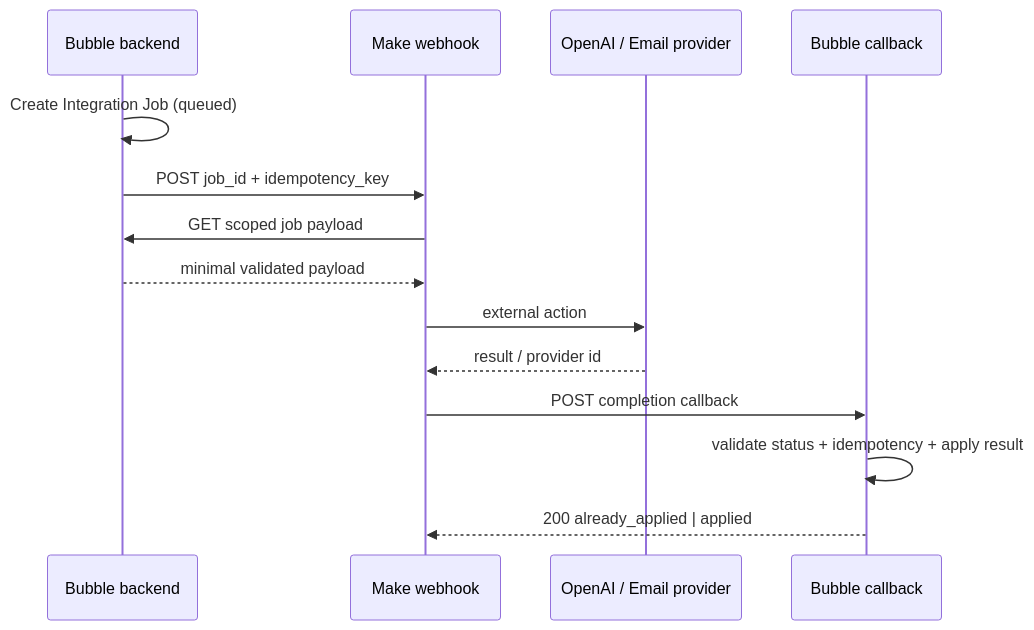
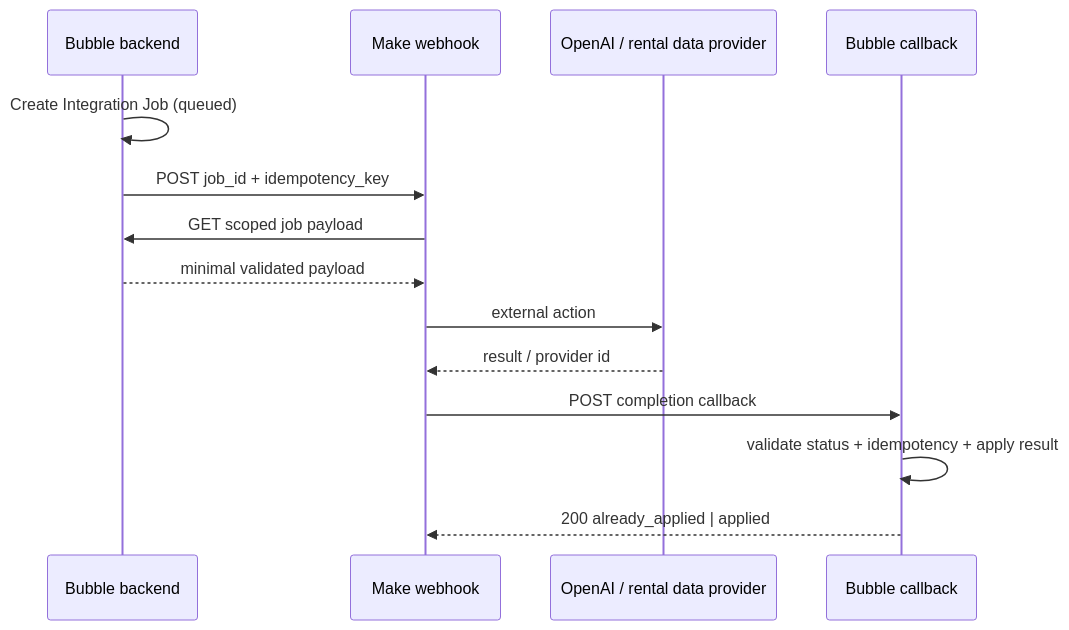
One commit to anastasialis-lab/best-invest-properties changed the diagram in docs/02-make-specification.md. Above: the diagram before and after it, drawn with Mermaid. The commit also changed other lines of this file and 10 other files, not shown here.

````diff
--- a/docs/02-make-specification.md
+++ b/docs/02-make-specification.md
@@ -33,17 +33,17 @@
 ```mermaid
 sequenceDiagram
   participant B as Bubble backend
   participant M as Make webhook
-  participant O as OpenAI / Email provider
+  participant O as OpenAI / rental data provider
   participant A as Bubble callback
 
   B->>B: Create Integration Job (queued)
   B->>M: POST job_id + idempotency_key
   M->>B: GET scoped job payload
   B-->>M: minimal validated payload
   M->>O: external action
   O-->>M: result / provider id
   M->>A: POST completion callback
   A->>A: validate status + idempotency + apply result
   A-->>M: 200 already_applied | applied
 ```
````
